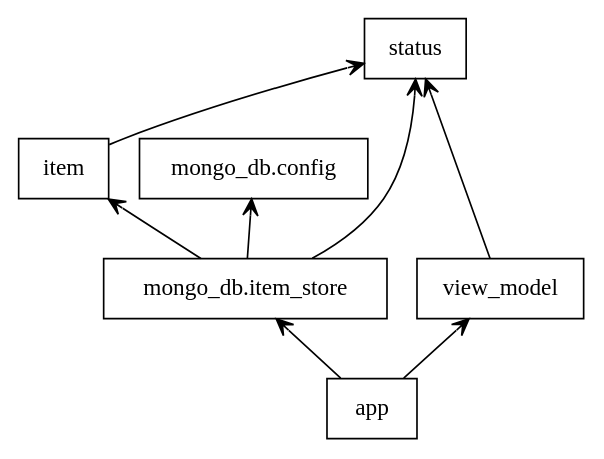
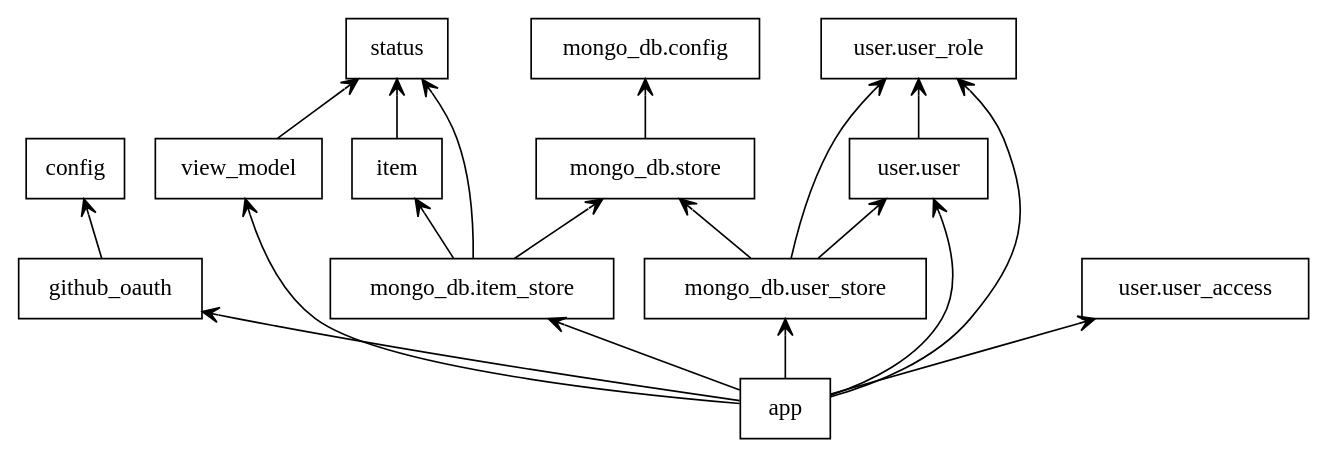
One commit to pcoulso1/DevOps-Course-Starter changed the diagram in docs/packages_ToDoApp.dot. Above: the diagram before and after it, drawn with Graphviz. The commit also changed 4 other files, not shown here.

```diff
--- a/docs/packages_ToDoApp.dot
+++ b/docs/packages_ToDoApp.dot
@@ -1,17 +1,35 @@
 digraph "packages_ToDoApp" {
 charset="utf-8"
 rankdir=BT
 "0" [label="app", shape="box"];
-"1" [label="item", shape="box"];
-"2" [label="mongo_db.config", shape="box"];
-"3" [label="mongo_db.item_store", shape="box"];
-"4" [label="status", shape="box"];
-"5" [label="view_model", shape="box"];
-"0" -> "3" [arrowhead="open", arrowtail="none"];
+"1" [label="config", shape="box"];
+"2" [label="github_oauth", shape="box"];
+"3" [label="item", shape="box"];
+"4" [label="mongo_db.config", shape="box"];
+"5" [label="mongo_db.item_store", shape="box"];
+"6" [label="mongo_db.store", shape="box"];
+"7" [label="mongo_db.user_store", shape="box"];
+"8" [label="status", shape="box"];
+"9" [label="user.user", shape="box"];
+"10" [label="user.user_access", shape="box"];
+"11" [label="user.user_role", shape="box"];
+"12" [label="view_model", shape="box"];
+"0" -> "2" [arrowhead="open", arrowtail="none"];
 "0" -> "5" [arrowhead="open", arrowtail="none"];
-"1" -> "4" [arrowhead="open", arrowtail="none"];
-"3" -> "1" [arrowhead="open", arrowtail="none"];
-"3" -> "2" [arrowhead="open", arrowtail="none"];
-"3" -> "4" [arrowhead="open", arrowtail="none"];
-"5" -> "4" [arrowhead="open", arrowtail="none"];
+"0" -> "7" [arrowhead="open", arrowtail="none"];
+"0" -> "9" [arrowhead="open", arrowtail="none"];
+"0" -> "10" [arrowhead="open", arrowtail="none"];
+"0" -> "11" [arrowhead="open", arrowtail="none"];
+"0" -> "12" [arrowhead="open", arrowtail="none"];
+"2" -> "1" [arrowhead="open", arrowtail="none"];
+"3" -> "8" [arrowhead="open", arrowtail="none"];
+"5" -> "3" [arrowhead="open", arrowtail="none"];
+"5" -> "6" [arrowhead="open", arrowtail="none"];
+"5" -> "8" [arrowhead="open", arrowtail="none"];
+"6" -> "4" [arrowhead="open", arrowtail="none"];
+"7" -> "6" [arrowhead="open", arrowtail="none"];
+"7" -> "9" [arrowhead="open", arrowtail="none"];
+"7" -> "11" [arrowhead="open", arrowtail="none"];
+"9" -> "11" [arrowhead="open", arrowtail="none"];
+"12" -> "8" [arrowhead="open", arrowtail="none"];
 }
```
